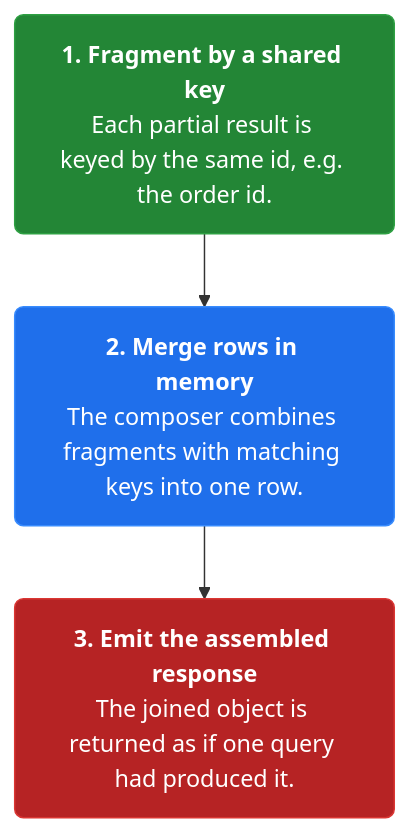
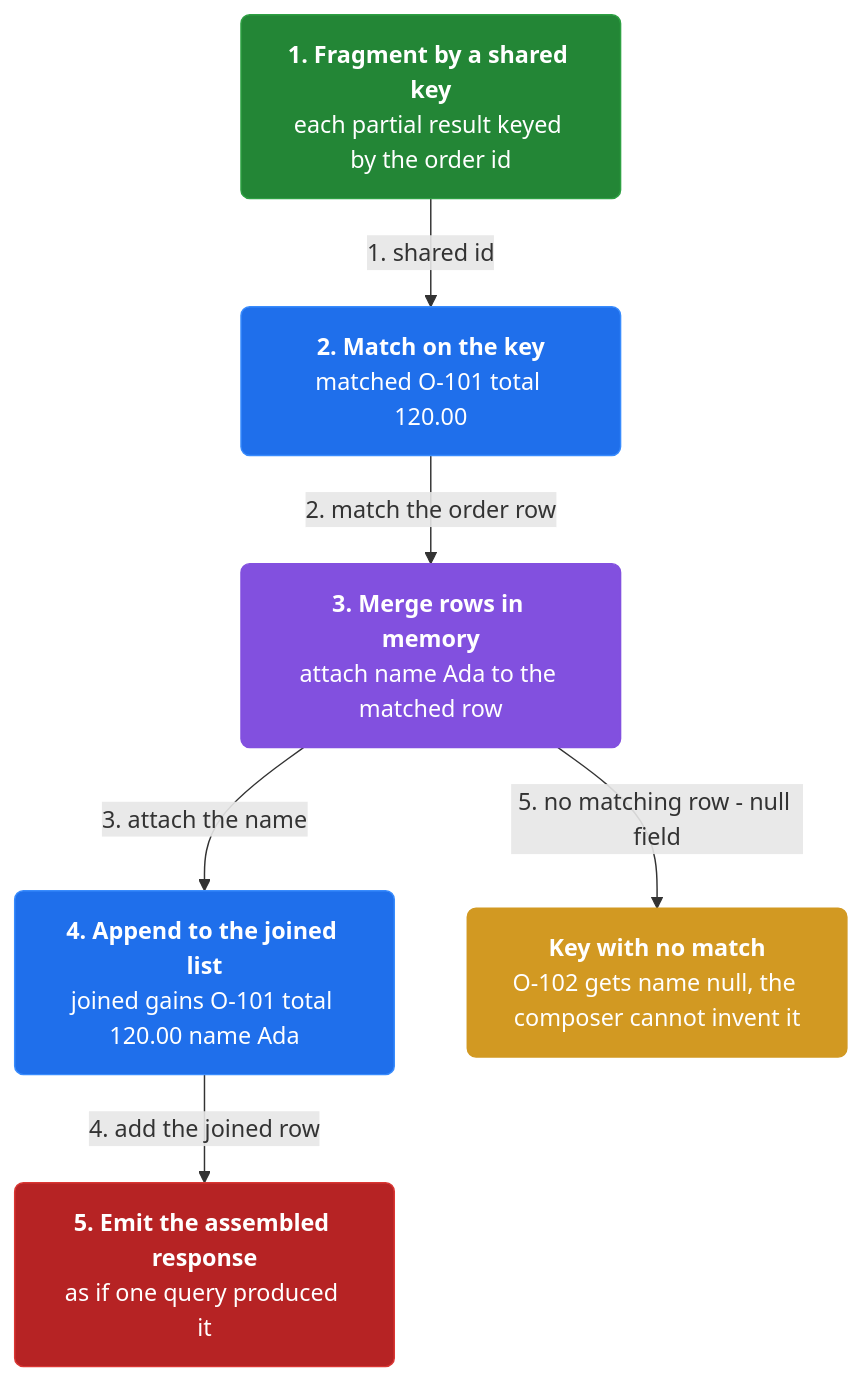
One commit to vinayakuber/microservices-io-study-guide changed the third of 4 diagrams in docs/ch21-api-composition.md. Above: the diagram before and after it, drawn with Mermaid. The commit also changed other lines of this file and 46 other files, not shown here.

First line of the commit message:
Author rich branching flow diagrams for all 44 chapters

````diff
--- a/docs/ch21-api-composition.md
+++ b/docs/ch21-api-composition.md
@@ -89,11 +107,19 @@
 ```mermaid
 flowchart TD
-  classDef step fill:#1f6feb,color:#ffffff,stroke:#388bfd,stroke-width:1px,rx:6
+  classDef step fill:#1f6feb,color:#ffffff,stroke:#388bfd,rx:6
+  classDef core fill:#8250df,color:#ffffff,stroke:#8250df,rx:6
+  classDef warn fill:#d29922,color:#ffffff,stroke:#d29922,rx:6
   classDef start fill:#238636,color:#ffffff,stroke:#2ea043,rx:6
   classDef stop fill:#b62324,color:#ffffff,stroke:#da3633,rx:6
-  s2n0["<b>1. Fragment by a shared key</b><br/>Each partial result is keyed by the same id, e.g. the order id."]:::start
-  s2n1["<b>2. Merge rows in memory</b><br/>The composer combines fragments with matching keys into one row."]:::step
-  s2n2["<b>3. Emit the assembled response</b><br/>The joined object is returned as if one query had produced it."]:::stop
-  s2n0 --> s2n1
-  s2n1 --> s2n2
+  n0["<b>1. Fragment by a shared key</b><br/>each partial result keyed by the order id"]:::start
+  n1["<b>2. Match on the key</b><br/>matched O-101 total 120.00"]:::step
+  n2["<b>3. Merge rows in memory</b><br/>attach name Ada to the matched row"]:::core
+  n3["<b>4. Append to the joined list</b><br/>joined gains O-101 total 120.00 name Ada"]:::step
+  n4["<b>5. Emit the assembled response</b><br/>as if one query produced it"]:::stop
+  n5["<b>Key with no match</b><br/>O-102 gets name null, the composer cannot invent it"]:::warn
+  n0 -->|"1. shared id"| n1
+  n1 -->|"2. match the order row"| n2
+  n2 -->|"3. attach the name"| n3
+  n3 -->|"4. add the joined row"| n4
+  n2 -->|"5. no matching row - null field"| n5
 ```
````
